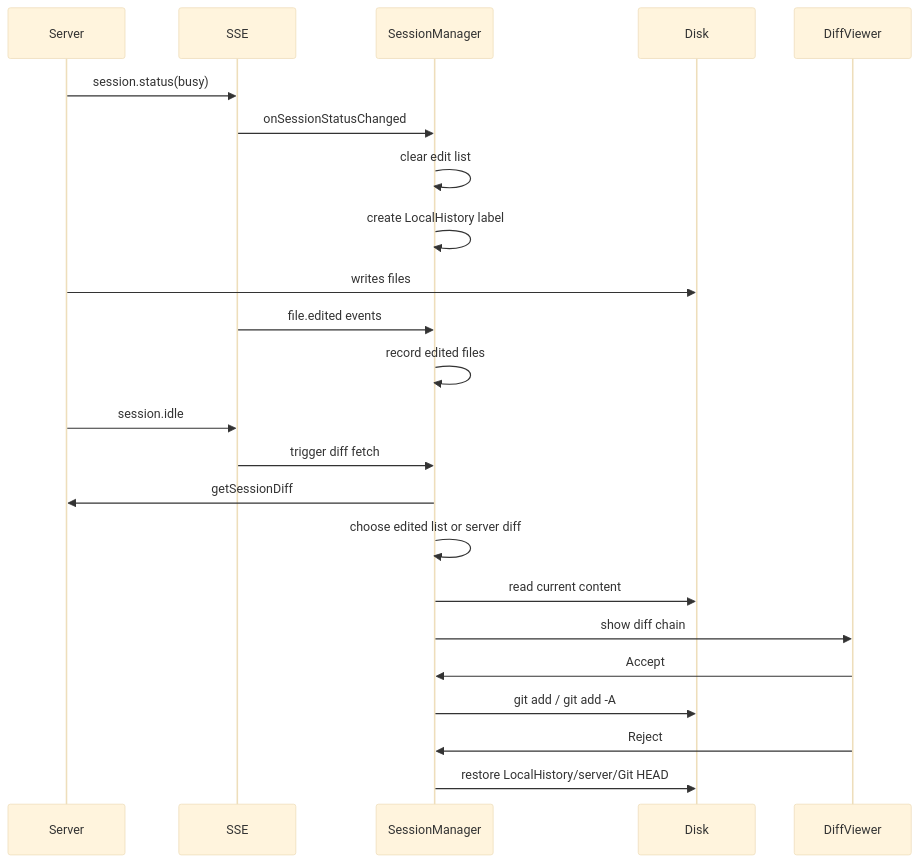
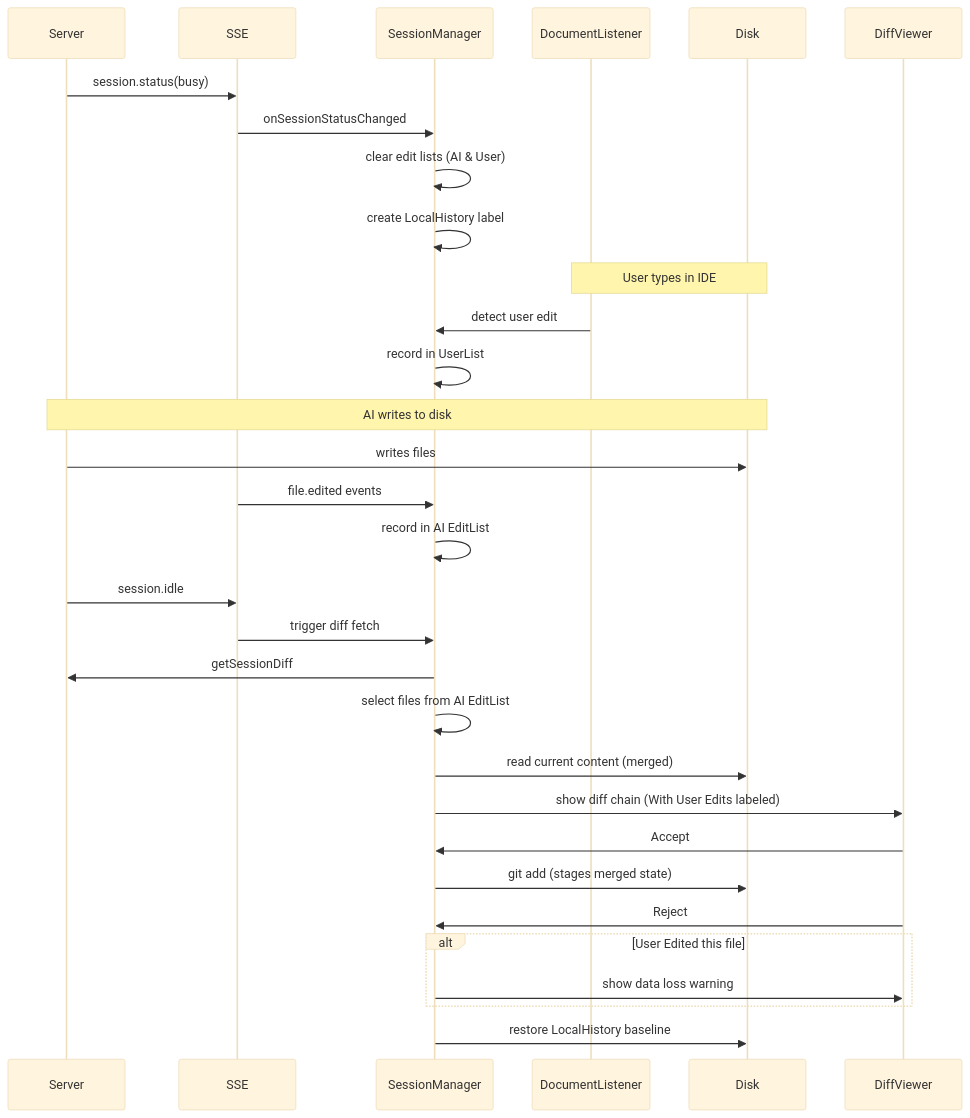
One commit to LaiZhou/OpenCode_UI changed the second of 2 diagrams in designDocs/diff_feature_plan.md. Above: the diagram before and after it, drawn with Mermaid (base theme). The commit also changed other lines of this file and 2 other files, not shown here.

Commit message:
1.0.6 pre-release ,fix diff

````diff
--- a/designDocs/diff_feature_plan.md
+++ b/designDocs/diff_feature_plan.md
@@ -65,30 +68,39 @@
 ```mermaid
 sequenceDiagram
     participant Server
     participant SSE
     participant SM as SessionManager
+    participant DL as DocumentListener
     participant Disk
     participant Diff as DiffViewer
 
     Server->>SSE: session.status(busy)
     SSE->>SM: onSessionStatusChanged
-    SM->>SM: clear edit list
+    SM->>SM: clear edit lists (AI & User)
     SM->>SM: create LocalHistory label
 
+    Note over DL, Disk: User types in IDE
+    DL->>SM: detect user edit
+    SM->>SM: record in UserList
+
+    Note over Server, Disk: AI writes to disk
     Server->>Disk: writes files
     SSE->>SM: file.edited events
-    SM->>SM: record edited files
+    SM->>SM: record in AI EditList
 
     Server->>SSE: session.idle
     SSE->>SM: trigger diff fetch
     SM->>Server: getSessionDiff
-    SM->>SM: choose edited list or server diff
-    SM->>Disk: read current content
-    SM->>Diff: show diff chain
+    SM->>SM: select files from AI EditList
+    SM->>Disk: read current content (merged)
+    SM->>Diff: show diff chain (With User Edits labeled)
 
     Diff->>SM: Accept
-    SM->>Disk: git add / git add -A
+    SM->>Disk: git add (stages merged state)
 
     Diff->>SM: Reject
-    SM->>Disk: restore LocalHistory/server/Git HEAD
+    alt User Edited this file
+        SM->>Diff: show data loss warning
+    end
+    SM->>Disk: restore LocalHistory baseline
 ```
````
